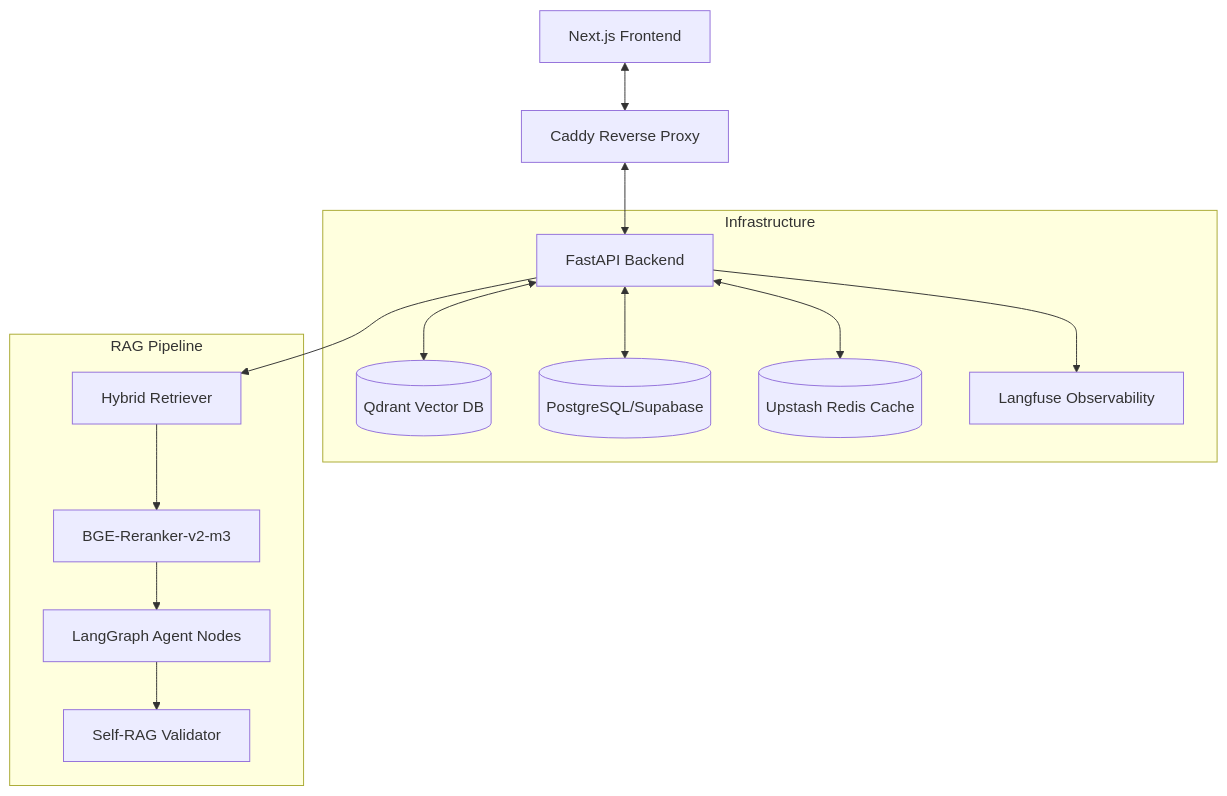
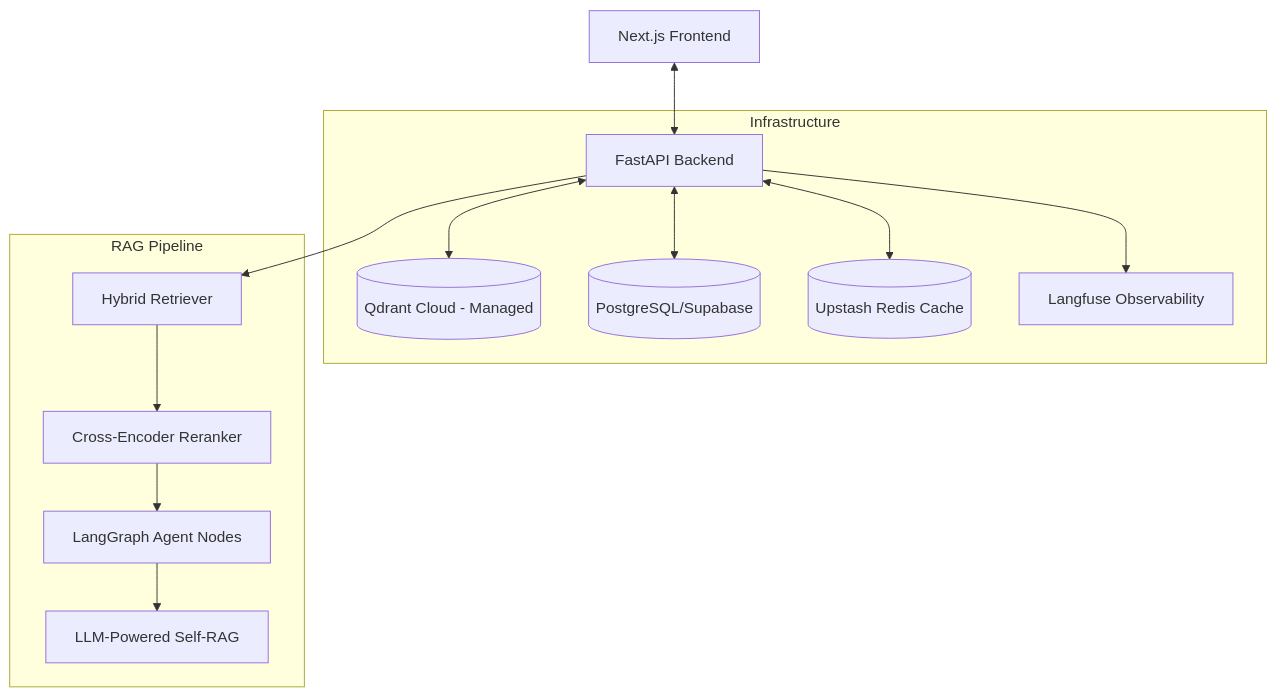
Before and after one commit to bellerophon95/nexus: the diagram in README.md, drawn with Mermaid. The commit also changed other lines of this file and 12 other files, not shown here.

First line of the commit message:
feat: pivot to cost-optimized Self-RAG architecture on AWS/Terraform

````diff
--- a/README.md
+++ b/README.md
@@ -13,19 +15,18 @@
 ```mermaid
 graph TD
-    Client[Next.js Frontend] <--> Caddy[Caddy Reverse Proxy]
-    Caddy <--> API[FastAPI Backend]
+    Client[Next.js Frontend] <--> API[FastAPI Backend]
     
     subgraph "Infrastructure"
-        API <--> Qdrant[(Qdrant Vector DB)]
+        API <--> Qdrant[(Qdrant Cloud - Managed)]
         API <--> Supabase[(PostgreSQL/Supabase)]
         API <--> Redis[(Upstash Redis Cache)]
         API --> Langfuse[Langfuse Observability]
     end
     
     subgraph "RAG Pipeline"
         API --> Retriever[Hybrid Retriever]
-        Retriever --> Reranker[BGE-Reranker-v2-m3]
+        Retriever --> Reranker[Cross-Encoder Reranker]
         Reranker --> Nodes[LangGraph Agent Nodes]
-        Nodes --> Validator[Self-RAG Validator]
+        Nodes --> Validator[LLM-Powered Self-RAG]
     end
 ```
````
